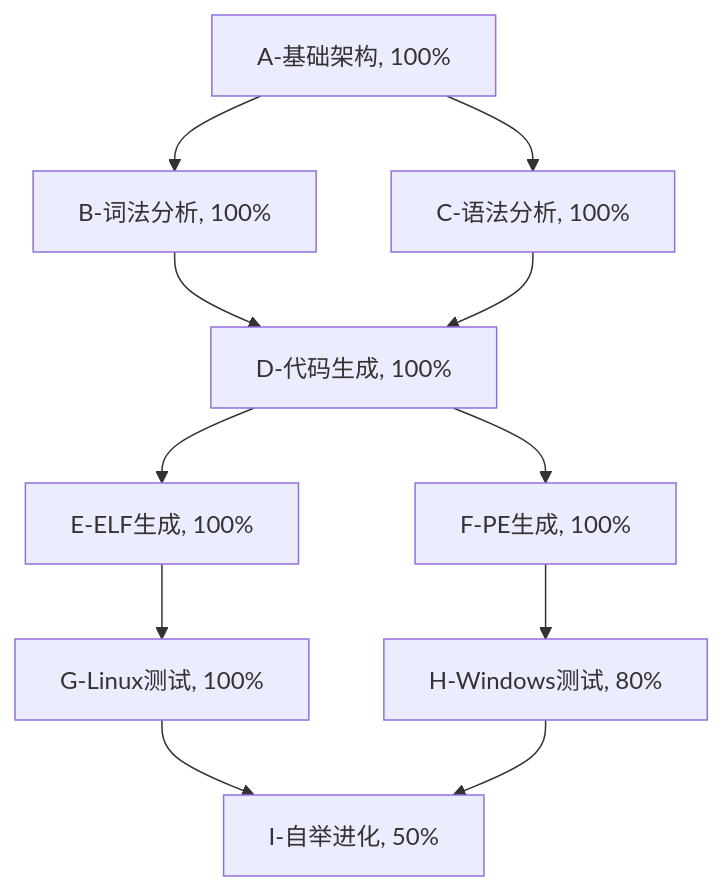
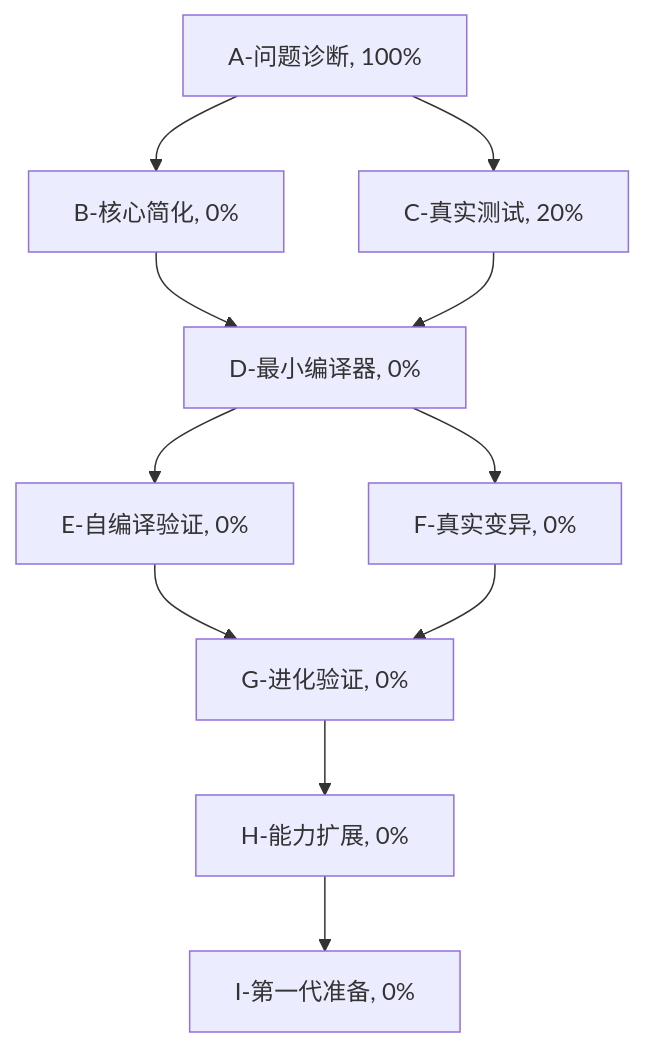
One commit to wanjochan/self-evolve-ai changed the diagram in aitasker.md. Above: the diagram before and after it, drawn with Mermaid. The commit also changed other lines of this file and 1 other file, not shown here.

````diff
--- a/aitasker.md
+++ b/aitasker.md
@@ -8,13 +23,13 @@
 ```mermaid
 graph TD
-    A[A-基础架构, 100%] --> B[B-词法分析, 100%]
-    A --> C[C-语法分析, 100%]
-    B --> D[D-代码生成, 100%]
+    A[A-问题诊断, 100%] --> B[B-核心简化, 0%]
+    A --> C[C-真实测试, 20%]
+    B --> D[D-最小编译器, 0%]
     C --> D
-    D --> E[E-ELF生成, 100%]
-    D --> F[F-PE生成, 100%]
-    E --> G[G-Linux测试, 100%]
-    F --> H[H-Windows测试, 80%]
-    G --> I[I-自举进化, 50%]
-    H --> I
+    D --> E[E-自编译验证, 0%]
+    D --> F[F-真实变异, 0%]
+    E --> G[G-进化验证, 0%]
+    F --> G
+    G --> H[H-能力扩展, 0%]
+    H --> I[I-第一代准备, 0%]
 ```
````
